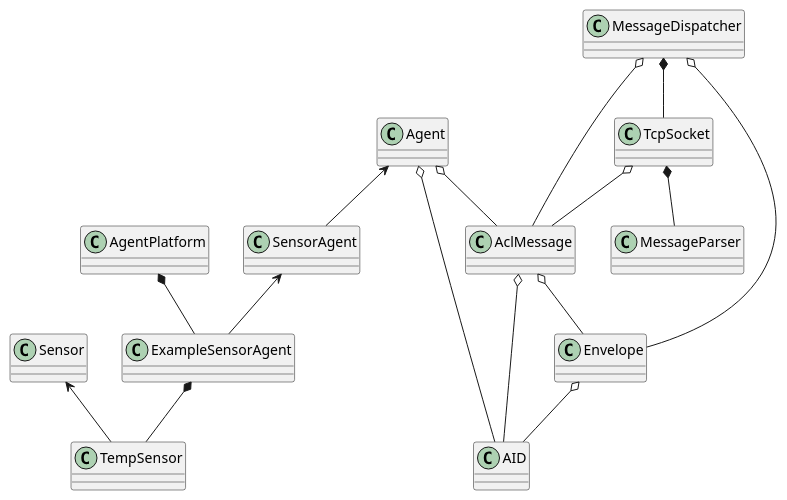
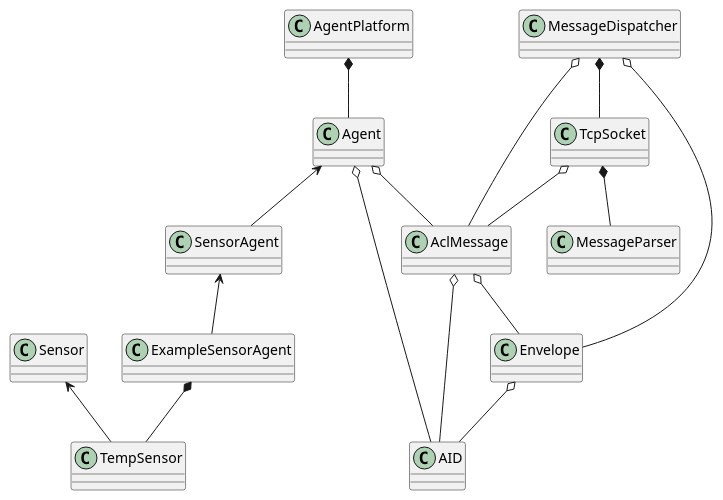
The diagram in Classdiagram.plantuml (MSDA-LifeCycleAgents/mlaf-arduino), drawn with PlantUML before and after one commit.

Commit message:
Update Classdiagram.plantuml
Fixed inheritance mistake

```diff
--- a/Classdiagram.plantuml
+++ b/Classdiagram.plantuml
@@ -1,38 +1,38 @@
 @startuml
 class AgentPlatform
 
 class Agent
 class SensorAgent
 class ExampleSensorAgent
 
 class AID
 class Envelope
 Class AclMessage
 
 class MessageDispatcher
 class MessageParser
 
 class Sensor
 class TempSensor
 
 class TcpSocket
 
 Agent <-- SensorAgent
 Agent o-- AID
 Agent o-- AclMessage
 SensorAgent <-- ExampleSensorAgent
-AgentPlatform *-- ExampleSensorAgent
+AgentPlatform *-- Agent
 ExampleSensorAgent *-- TempSensor
 
 MessageDispatcher *-- TcpSocket
 MessageDispatcher o-- Envelope
 MessageDispatcher o-- AclMessage
 AclMessage o-- Envelope
 AclMessage o-- AID
 Envelope o-- AID
 
 Sensor <-- TempSensor
 TcpSocket *-- MessageParser
 TcpSocket o-- AclMessage
 
 @enduml
```
